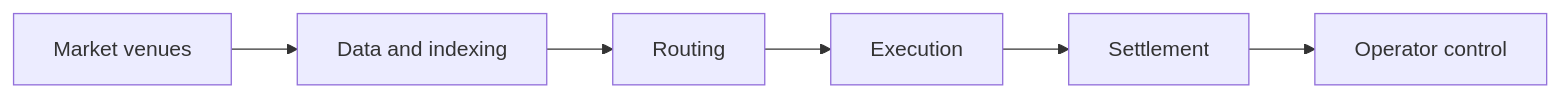
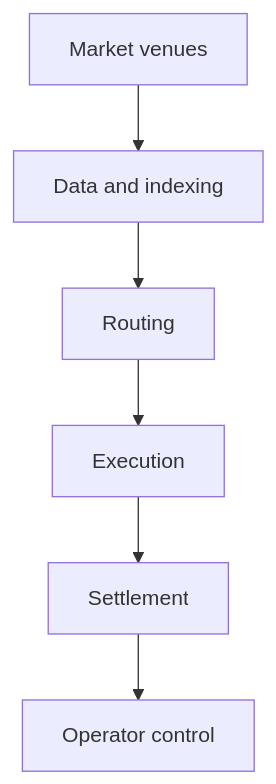
Before and after one commit to J0UH/exchange-market-infrastructure: the diagram in README.md, drawn with Mermaid.

Commit message:
docs: build visual project portfolio

````diff
--- a/README.md
+++ b/README.md
@@ -29,14 +29,14 @@
 ```mermaid
-flowchart LR
+flowchart TD
     n0["Market venues"]
     n1["Data and indexing"]
     n2["Routing"]
     n3["Execution"]
     n4["Settlement"]
     n5["Operator control"]
     n0 --> n1
     n1 --> n2
     n2 --> n3
     n3 --> n4
     n4 --> n5
 ```
````
